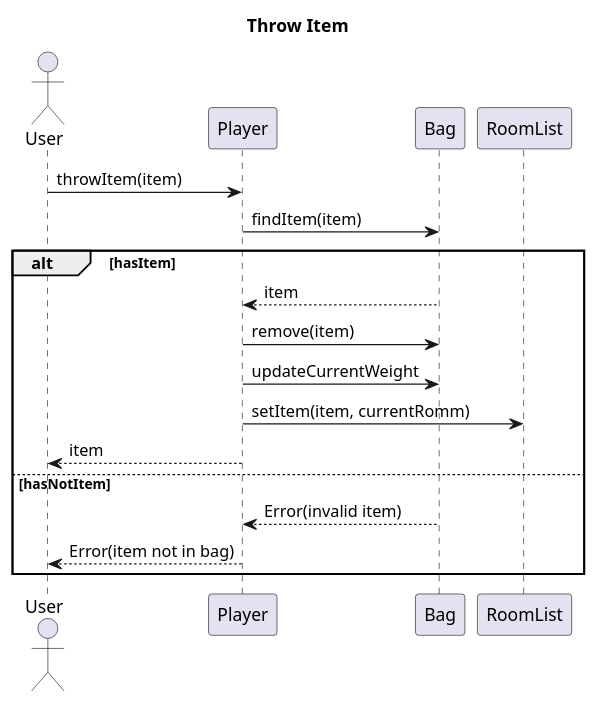
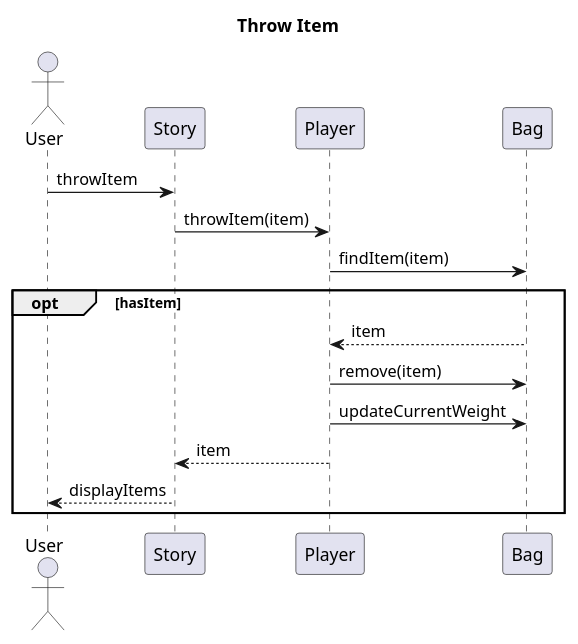
Before and after one commit to EDIDS/EDIDS_Proj: the diagram in src/main/java/com/extraction/uml/uml diagrams/Internal Sequence Diagrams/Throw-Item.puml, drawn with PlantUML. The commit also changed 12 other files, not shown here.

Commit message:
Almost finished diagrams.

```diff
--- a/src/main/java/com/extraction/uml/uml diagrams/Internal Sequence Diagrams/Throw-Item.puml
+++ b/src/main/java/com/extraction/uml/uml diagrams/Internal Sequence Diagrams/Throw-Item.puml
@@ -1,23 +1,21 @@
 @startuml
 
 title Throw Item
 
 actor User
+participant Story
 participant Player
 participant Bag
-participant RoomList
 
-User -> Player : throwItem(item)
+User -> Story : throwItem
+Story -> Player : throwItem(item)
 Player -> Bag : findItem(item)
-alt hasItem
+opt hasItem
   return item
   Player -> Bag : remove(item)
   Player -> Bag : updateCurrentWeight
-  Player -> RoomList : setItem(item, currentRomm)
-  Player --> User : item
-else hasNotItem
-  Bag --> Player : Error(invalid item)
-  Player --> User : Error(item not in bag)
+  Player --> Story : item
+  Story --> User : displayItems
 end
 
 @enduml
```
